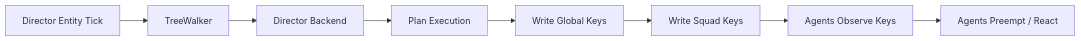
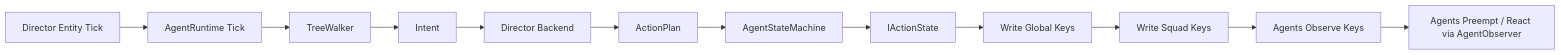
Before and after one commit to jabbadablack/G.O.A.T: the second of 3 diagrams in Docs/01 - Architecture/Director AI.md, drawn with Mermaid. The commit also changed other lines of this file and 82 other files, not shown here.

````diff
--- a/Docs/01 - Architecture/Director AI.md
+++ b/Docs/01 - Architecture/Director AI.md
@@ -97,10 +109,14 @@
 ```mermaid
 flowchart LR
-    A[Director Entity Tick] --> B[TreeWalker]
-    B --> C[Director Backend]
-    C --> D[Plan Execution]
-    D --> E[Write Global Keys]
-    E --> F[Write Squad Keys]
-    F --> G[Agents Observe Keys]
-    G --> H[Agents Preempt / React]
+    A[Director Entity Tick] --> B[AgentRuntime Tick]
+    B --> C[TreeWalker]
+    C --> D[Intent]
+    D --> E[Director Backend]
+    E --> F[ActionPlan]
+    F --> G[AgentStateMachine]
+    G --> H[IActionState]
+    H --> I[Write Global Keys]
+    I --> J[Write Squad Keys]
+    J --> K[Agents Observe Keys]
+    K --> L[Agents Preempt / React via AgentObserver]
 ```
````
